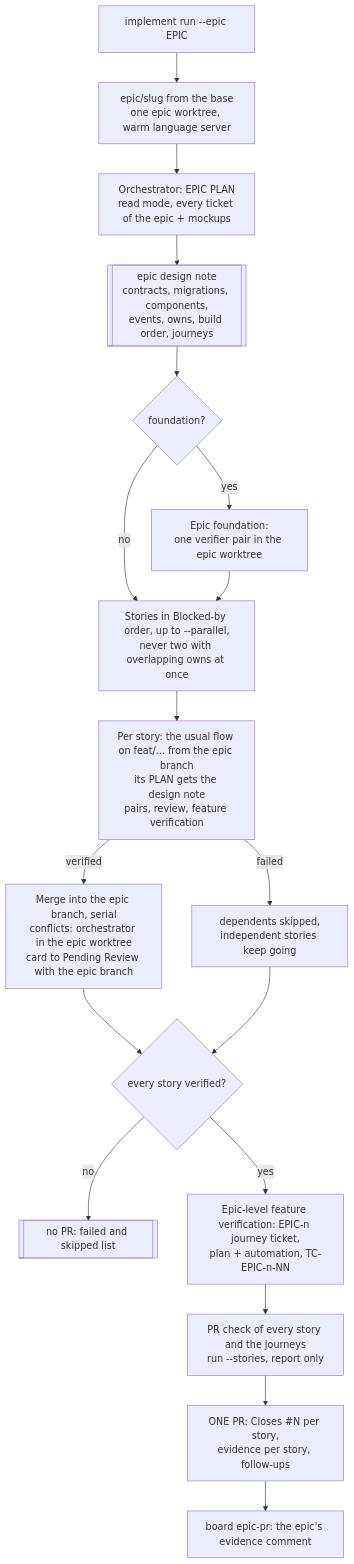
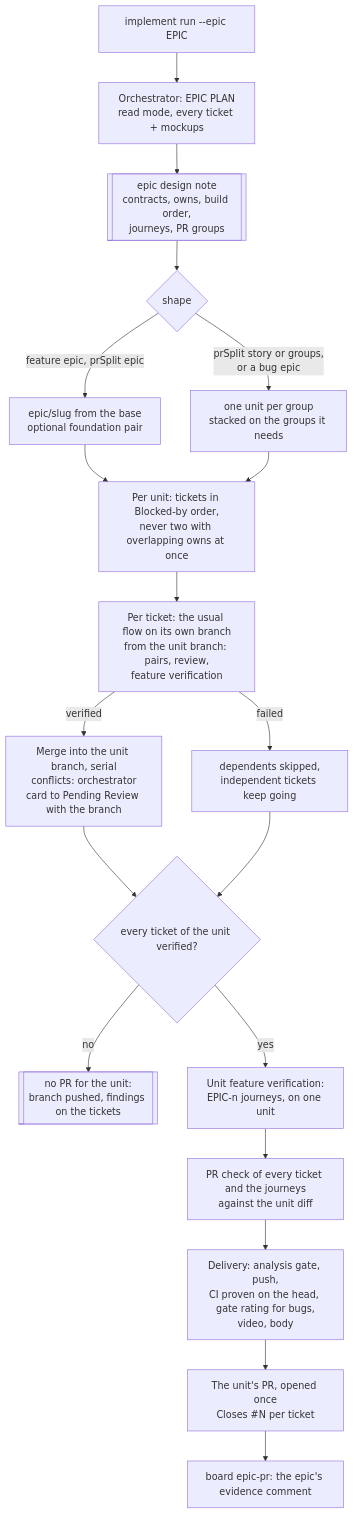
The first of 2 diagrams in docs/ai-pipeline/implement.md (armandodollia-slalom/ai-app-factory-public), drawn with Mermaid before and after one commit. The commit also changed other lines of this file and 157 other files, not shown here.

````diff
--- a/docs/ai-pipeline/implement.md
+++ b/docs/ai-pipeline/implement.md
@@ -44,20 +45,21 @@
 ```mermaid
 flowchart TD
-  E[implement run --epic EPIC] --> W[epic/slug from the base<br/>one epic worktree, warm language server]
-  W --> P[Orchestrator: EPIC PLAN<br/>read mode, every ticket of the epic + mockups]
-  P --> N[[epic design note<br/>contracts, migrations, components,<br/>events, owns, build order, journeys]]
-  N --> F{foundation?}
-  F -->|yes| FD[Epic foundation:<br/>one verifier pair in the epic worktree]
-  F -->|no| S
-  FD --> S[Stories in Blocked-by order, up to --parallel,<br/>never two with overlapping owns at once]
-  S --> ST[Per story: the usual flow on feat/... from the epic branch<br/>its PLAN gets the design note<br/>pairs, review, feature verification]
-  ST -->|verified| M[Merge into the epic branch, serial<br/>conflicts: orchestrator in the epic worktree<br/>card to Pending Review with the epic branch]
-  ST -->|failed| X[dependents skipped,<br/>independent stories keep going]
-  M --> Q{every story verified?}
+  E["implement run --epic EPIC"] --> P["Orchestrator: EPIC PLAN<br/>read mode, every ticket + mockups"]
+  P --> N[["epic design note<br/>contracts, owns, build order,<br/>journeys, PR groups"]]
+  N --> SH{"shape"}
+  SH -->|"feature epic, prSplit epic"| W["epic/slug from the base<br/>optional foundation pair"]
+  SH -->|"prSplit story or groups,<br/>or a bug epic"| G["one unit per group<br/>stacked on the groups it needs"]
+  W --> S["Per unit: tickets in Blocked-by order,<br/>never two with overlapping owns at once"]
+  G --> S
+  S --> ST["Per ticket: the usual flow on its own branch<br/>from the unit branch: pairs, review,<br/>feature verification"]
+  ST -->|"verified"| M["Merge into the unit branch, serial<br/>conflicts: orchestrator<br/>card to Pending Review with the branch"]
+  ST -->|"failed"| X["dependents skipped,<br/>independent tickets keep going"]
+  M --> Q{"every ticket of the unit verified?"}
   X --> Q
-  Q -->|no| FL[[no PR: failed and skipped list]]
-  Q -->|yes| EQ[Epic-level feature verification: EPIC-n journey ticket,<br/>plan + automation, TC-EPIC-n-NN]
-  EQ --> PC[PR check of every story and the journeys<br/>run --stories, report only]
-  PC --> PR[ONE PR: Closes #N per story,<br/>evidence per story, follow-ups]
-  PR --> B[board epic-pr: the epic's evidence comment]
+  Q -->|"no"| FL[["no PR for the unit:<br/>branch pushed, findings on the tickets"]]
+  Q -->|"yes"| EQ["Unit feature verification:<br/>EPIC-n journeys, on one unit"]
+  EQ --> PC["PR check of every ticket and the journeys<br/>against the unit diff"]
+  PC --> DL["Delivery: analysis gate, push,<br/>CI proven on the head, gate rating for bugs,<br/>video, body"]
+  DL --> PR["The unit's PR, opened once<br/>Closes #N per ticket"]
+  PR --> B["board epic-pr: the epic's evidence comment"]
 ```
````
